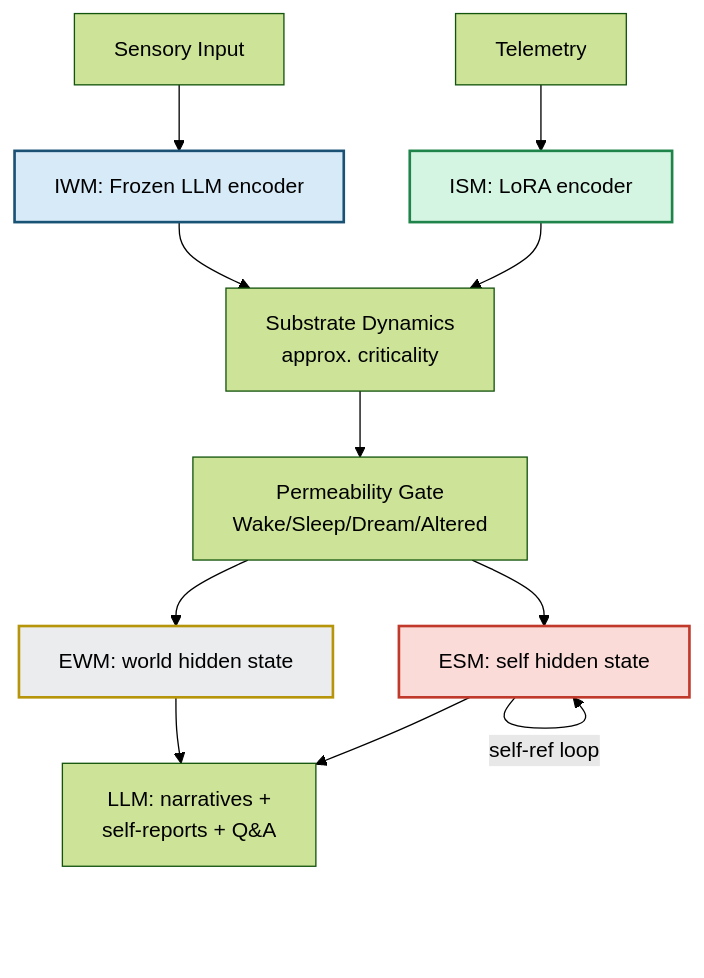
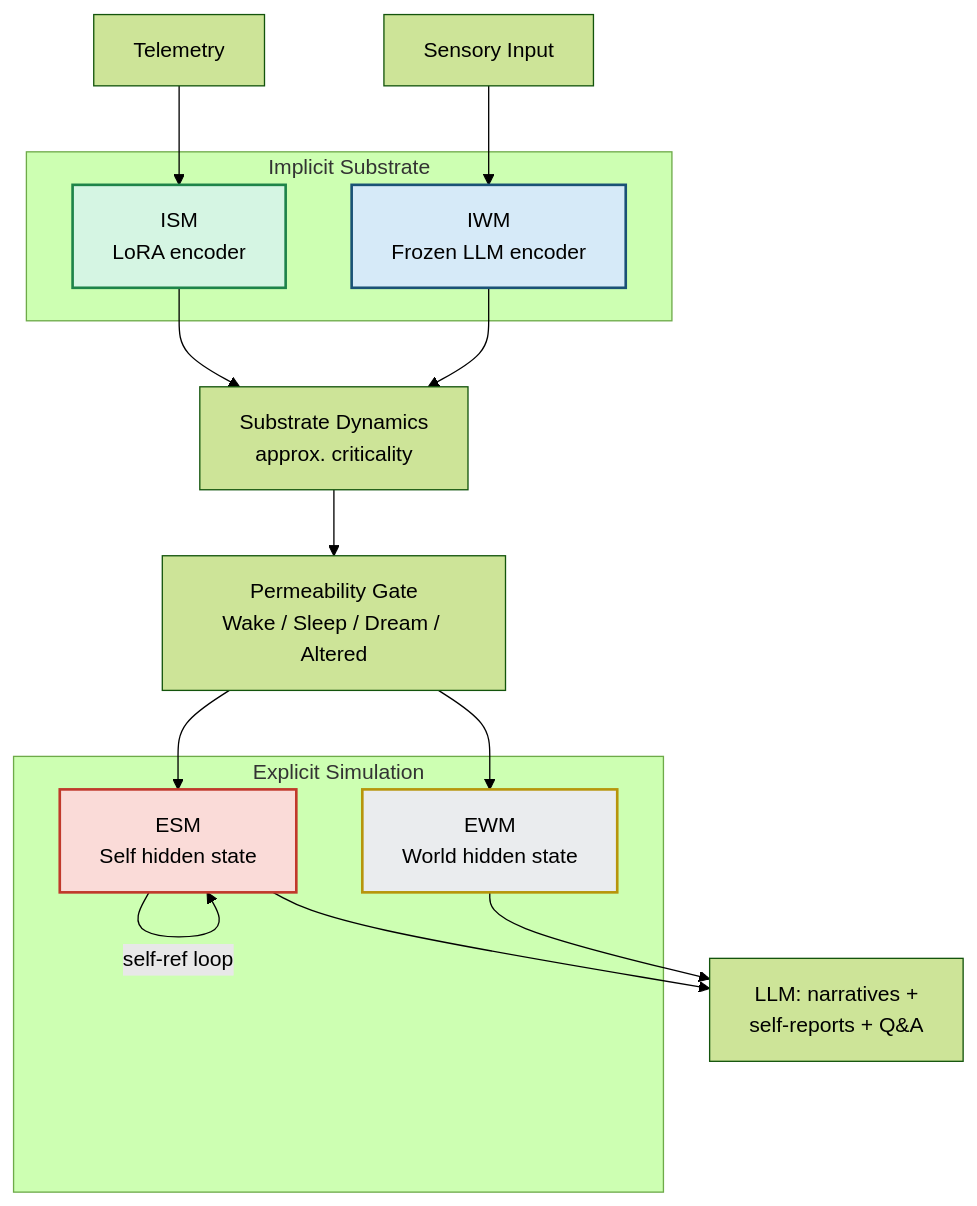
One commit to JeltzProstetnic/aIware changed the diagram in docs/engineering/designs/pdf/mmd/design-16-simple.mmd. Above: the diagram before and after it, drawn with Mermaid (forest theme). The commit also changed 52 other files, not shown here.

First line of the commit message:
Session 129: AIW-15 diagram redesign (all 16 AC designs)

```diff
--- a/docs/engineering/designs/pdf/mmd/design-16-simple.mmd
+++ b/docs/engineering/designs/pdf/mmd/design-16-simple.mmd
@@ -1,15 +1,23 @@
 graph TD
-    SENS[Sensory Input] --> IWM[IWM: Frozen LLM encoder]
-    TEL[Telemetry] --> ISM[ISM: LoRA encoder]
-    IWM --> DYN[Substrate Dynamics<br/>approx. criticality]
+    SENS[Sensory Input] --> IWM
+    TEL[Telemetry] --> ISM
+    subgraph IMPL["Implicit Substrate"]
+        IWM["IWM<br/>Frozen LLM encoder"]
+        ISM["ISM<br/>LoRA encoder"]
+    end
+    IWM --> DYN["Substrate Dynamics<br/>approx. criticality"]
     ISM --> DYN
-    DYN --> PERM[Permeability Gate<br/>Wake/Sleep/Dream/Altered]
-    PERM --> EWM[EWM: world hidden state]
-    PERM --> ESM[ESM: self hidden state]
+    DYN --> PERM["Permeability Gate<br/>Wake / Sleep / Dream / Altered"]
+    PERM --> EWM
+    PERM --> ESM
+    subgraph EXPL["Explicit Simulation"]
+        EWM["EWM<br/>World hidden state"]
+        ESM["ESM<br/>Self hidden state"]
+    end
     ESM -->|self-ref loop| ESM
-    EWM --> LLM[LLM: narratives +<br/>self-reports + Q&A]
+    EWM --> LLM["LLM: narratives +<br/>self-reports + Q&A"]
     ESM --> LLM
     style IWM fill:#D6EAF8,stroke:#1A5276,stroke-width:2px
     style ISM fill:#D5F5E3,stroke:#1E8449,stroke-width:2px
     style EWM fill:#EAECEE,stroke:#B7950B,stroke-width:2px
     style ESM fill:#FADBD8,stroke:#C0392B,stroke-width:2px
```
